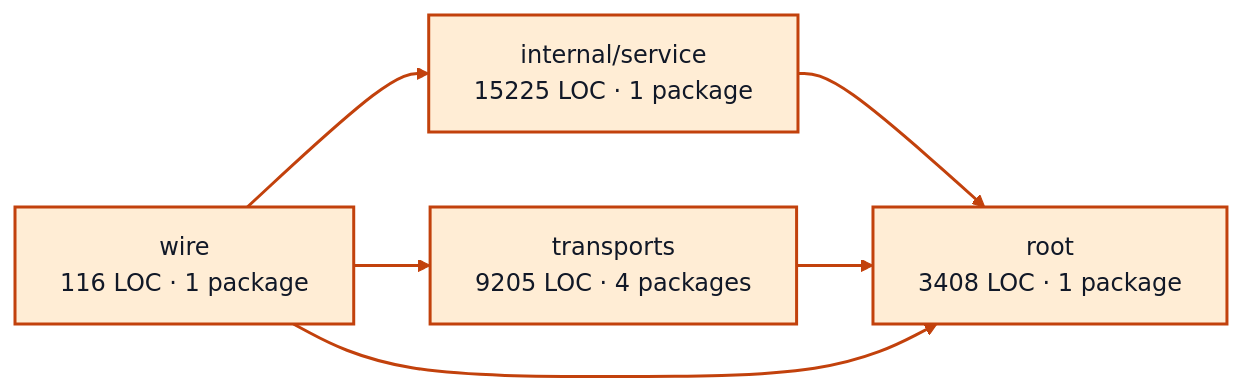
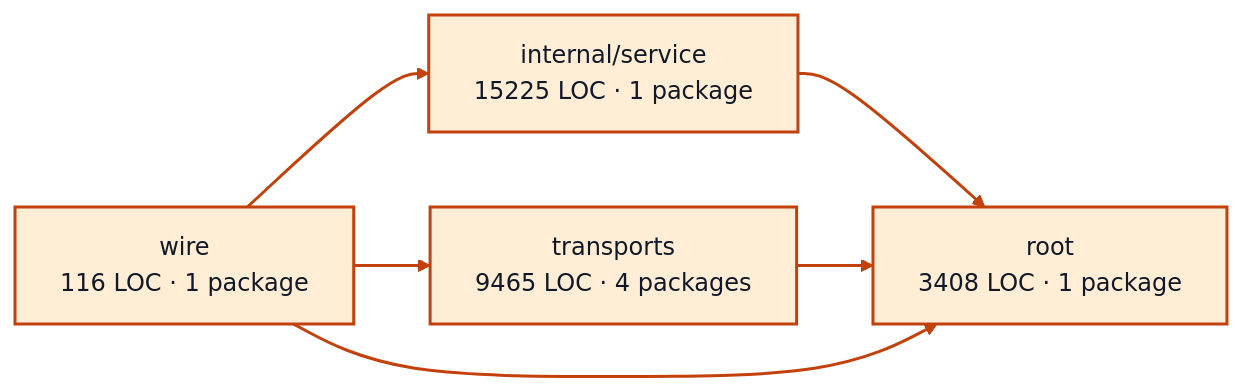
Before and after one commit to portpowered/you-agent-factory: the diagram in docs/architecture/visualizations/services/worker_sessions.md, drawn with Mermaid (base theme). The commit also changed other lines of this file and 21 other files, not shown here.

Commit message:
docs: refresh backend architecture visualizations

````diff
--- a/docs/architecture/visualizations/services/worker_sessions.md
+++ b/docs/architecture/visualizations/services/worker_sessions.md
@@ -11,17 +11,17 @@
 ```mermaid
 flowchart LR
   p0["internal/service<br/>15225 LOC · 1 package"]
   p1["root<br/>3408 LOC · 1 package"]
-  p2["transports<br/>9205 LOC · 4 packages"]
+  p2["transports<br/>9465 LOC · 4 packages"]
   p3["wire<br/>116 LOC · 1 package"]
   p0 --> p1
   p2 --> p1
   p3 --> p0
   p3 --> p1
   p3 --> p2
   style p0 fill:#ffedd5,stroke:#c2410c,stroke-width:2px,color:#111827
   style p1 fill:#ffedd5,stroke:#c2410c,stroke-width:2px,color:#111827
   style p2 fill:#ffedd5,stroke:#c2410c,stroke-width:2px,color:#111827
   style p3 fill:#ffedd5,stroke:#c2410c,stroke-width:2px,color:#111827
   linkStyle default stroke:#c2410c,stroke-width:2px
 ```
````
